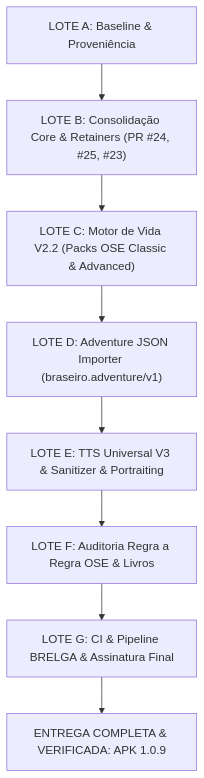
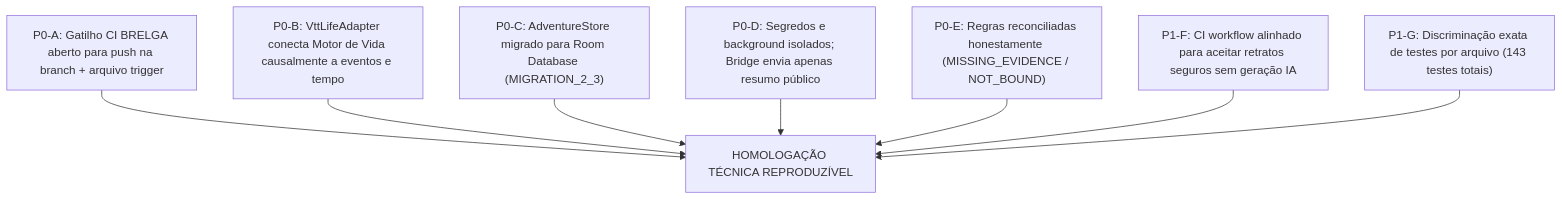
One commit to bra83/braseirobuild changed the diagram in docs/OSE_FIM_DE_PROJETO_EVIDENCIAS.md. Above: the diagram before and after it, drawn with Mermaid. The commit also changed other lines of this file and 19 other files, not shown here.

````diff
--- a/docs/OSE_FIM_DE_PROJETO_EVIDENCIAS.md
+++ b/docs/OSE_FIM_DE_PROJETO_EVIDENCIAS.md
@@ -34,10 +35,11 @@
 ```mermaid
 flowchart TD
-    A["LOTE A: Baseline & Proveniência"] --> B["LOTE B: Consolidação Core & Retainers (PR #24, #25, #23)"]
-    B --> C["LOTE C: Motor de Vida V2.2 (Packs OSE Classic & Advanced)"]
-    C --> D["LOTE D: Adventure JSON Importer (braseiro.adventure/v1)"]
-    D --> E["LOTE E: TTS Universal V3 & Sanitizer & Portraiting"]
-    E --> F["LOTE F: Auditoria Regra a Regra OSE & Livros"]
-    F --> G["LOTE G: CI & Pipeline BRELGA & Assinatura Final"]
-    G --> H["ENTREGA COMPLETA & VERIFICADA: APK 1.0.9"]
+    P0A["P0-A: Gatilho CI BRELGA aberto para push na branch + arquivo trigger"] --> SOLV
+    P0B["P0-B: VttLifeAdapter conecta Motor de Vida causalmente a eventos e tempo"] --> SOLV
+    P0C["P0-C: AdventureStore migrado para Room Database (MIGRATION_2_3)"] --> SOLV
+    P0D["P0-D: Segredos e background isolados; Bridge envia apenas resumo público"] --> SOLV
+    P0E["P0-E: Regras reconciliadas honestamente (MISSING_EVIDENCE / NOT_BOUND)"] --> SOLV
+    P1F["P1-F: CI workflow alinhado para aceitar retratos seguros sem geração IA"] --> SOLV
+    P1G["P1-G: Discriminação exata de testes por arquivo (143 testes totais)"] --> SOLV
+    SOLV["HOMOLOGAÇÃO TÉCNICA REPRODUZÍVEL"]
 ```
````
